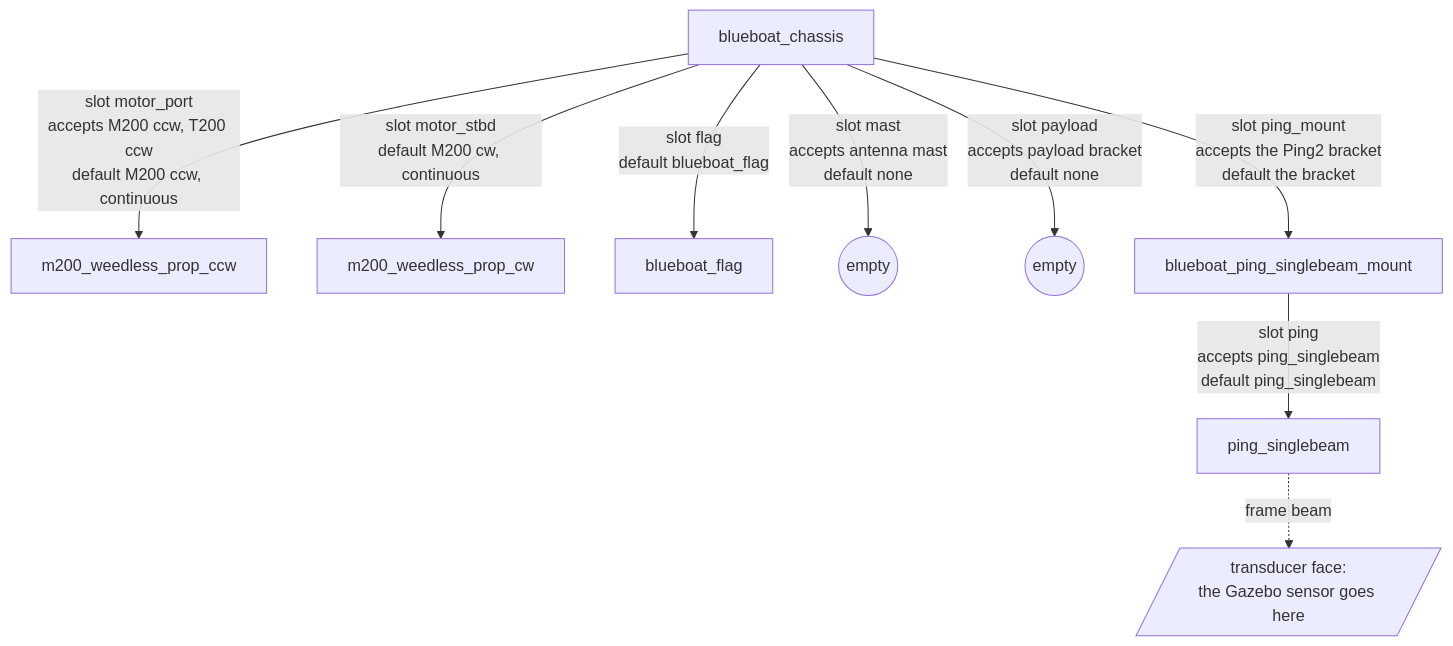
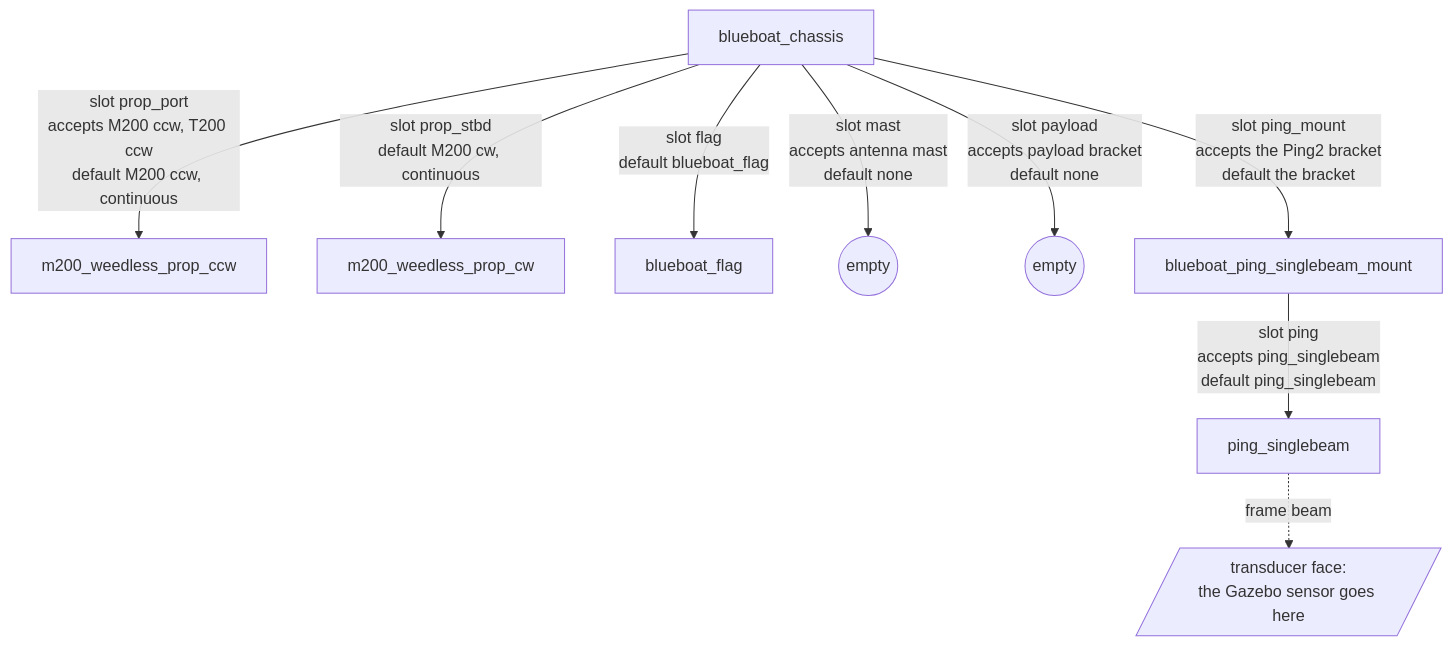
One commit to HonuRobotics/bluerobotics_models changed the first of 2 diagrams in docs/design/slots.md. Above: the diagram before and after it, drawn with Mermaid. The commit also changed other lines of this file and 10 other files, not shown here.

````diff
--- a/docs/design/slots.md
+++ b/docs/design/slots.md
@@ -9,12 +9,12 @@
 ```{mermaid}
 flowchart TB
   C["blueboat_chassis"]
-  C -->|"slot motor_port<br/>accepts M200 ccw, T200 ccw<br/>default M200 ccw, continuous"| MP["m200_weedless_prop_ccw"]
-  C -->|"slot motor_stbd<br/>default M200 cw, continuous"| MS["m200_weedless_prop_cw"]
+  C -->|"slot prop_port<br/>accepts M200 ccw, T200 ccw<br/>default M200 ccw, continuous"| MP["m200_weedless_prop_ccw"]
+  C -->|"slot prop_stbd<br/>default M200 cw, continuous"| MS["m200_weedless_prop_cw"]
   C -->|"slot flag<br/>default blueboat_flag"| F["blueboat_flag"]
   C -->|"slot mast<br/>accepts antenna mast<br/>default none"| M(("empty"))
   C -->|"slot payload<br/>accepts payload bracket<br/>default none"| P(("empty"))
   C -->|"slot ping_mount<br/>accepts the Ping2 bracket<br/>default the bracket"| B["blueboat_ping_singlebeam_mount"]
   B -->|"slot ping<br/>accepts ping_singlebeam<br/>default ping_singlebeam"| PG["ping_singlebeam"]
   PG -. "frame beam" .-> BEAM[/"transducer face:<br/>the Gazebo sensor goes here"/]
 ```
````
